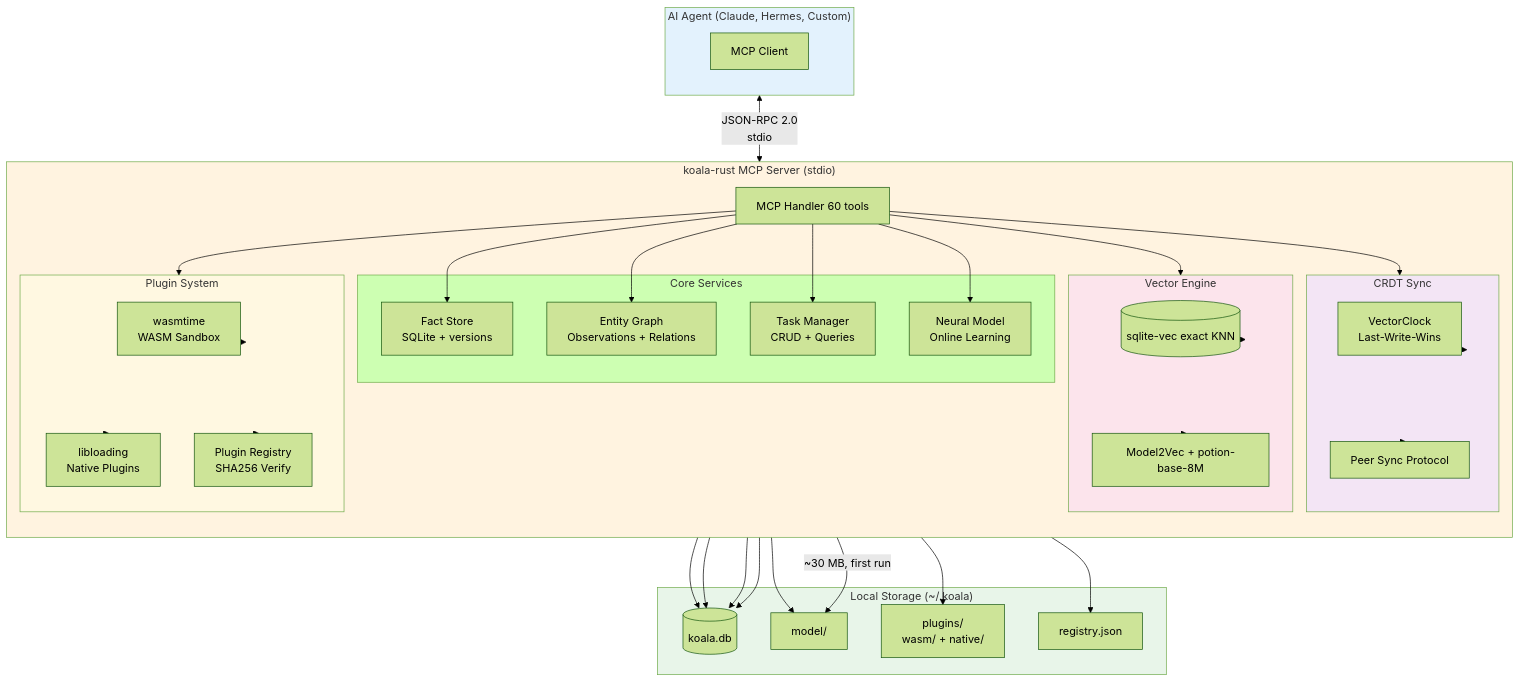
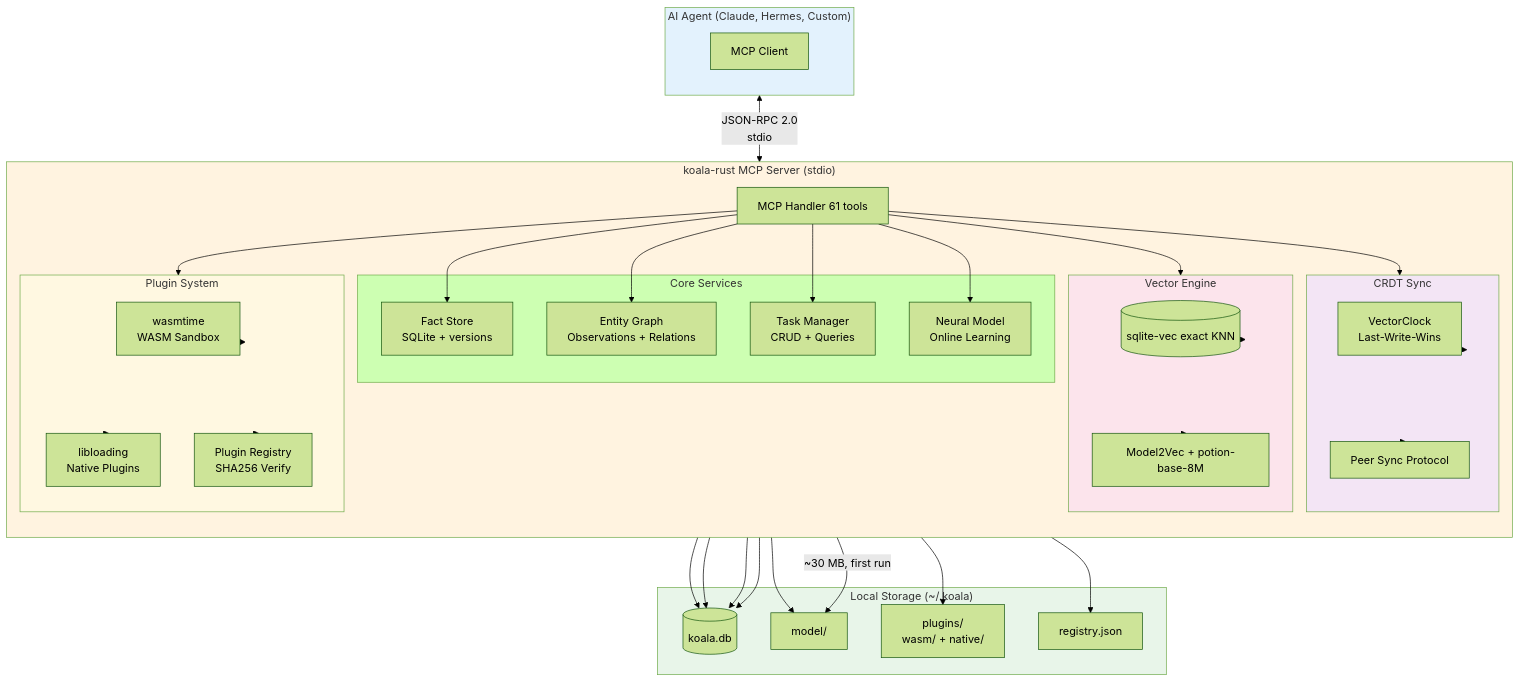
The diagram in README.md (dbillion/koala-rust), drawn with Mermaid (forest theme) before and after one commit. The commit also changed other lines of this file and 51 other files, not shown here.

````diff
--- a/README.md
+++ b/README.md
@@ -197,75 +212,75 @@
 ```mermaid
 flowchart TB
     subgraph Agent["AI Agent (Claude, Hermes, Custom)"]
         direction TB
         MCP_CLIENT[MCP Client]
     end
 
     subgraph Server["koala-rust MCP Server (stdio)"]
         direction TB
-        MCP_HANDLER[MCP Handler 60 tools]
+        MCP_HANDLER[MCP Handler 61 tools]
         
         subgraph Core["Core Services"]
             FACTS[Fact Store<br/>SQLite + versions]
             ENTITIES[Entity Graph<br/>Observations + Relations]
             TASKS[Task Manager<br/>CRUD + Queries]
             NEURAL[Neural Model<br/>Online Learning]
         end
         
         subgraph Vector["Vector Engine"]
             SQLITE_VEC[(sqlite-vec exact KNN)]
             EMBEDDINGS[Model2Vec + potion-base-8M]
         end
         
         subgraph Sync["CRDT Sync"]
             VECTOR_CLOCK[VectorClock<br/>Last-Write-Wins]
             PEER_SYNC[Peer Sync Protocol]
         end
         
         subgraph Plugins["Plugin System"]
             WASM_RUNTIME[wasmtime<br/>WASM Sandbox]
             NATIVE_LOADER[libloading<br/>Native Plugins]
             MARKETPLACE[Plugin Registry<br/>SHA256 Verify]
         end
     end
 
     subgraph Storage["Local Storage (~/.koala)"]
         KOALA_DB[(koala.db)]
         MODEL_DIR[model/]
         PLUGIN_DIR[plugins/<br/>wasm/ + native/]
         REGISTRY[registry.json]
     end
 
     MCP_CLIENT <-->|JSON-RPC 2.0<br/>stdio| MCP_HANDLER
     MCP_HANDLER --> FACTS
     MCP_HANDLER --> ENTITIES
     MCP_HANDLER --> TASKS
     MCP_HANDLER --> NEURAL
     MCP_HANDLER --> Vector
     MCP_HANDLER --> Sync
     MCP_HANDLER --> Plugins
     
     FACTS --> KOALA_DB
     ENTITIES --> KOALA_DB
     TASKS --> KOALA_DB
     NEURAL --> MODEL_DIR
     Vector --> SQLITE_VEC
     Vector --> EMBEDDINGS
     Sync --> VECTOR_CLOCK
     Sync --> PEER_SYNC
     Plugins --> WASM_RUNTIME
     Plugins --> NATIVE_LOADER
     Plugins --> MARKETPLACE
     Plugins --> PLUGIN_DIR
     MARKETPLACE --> REGISTRY
     
     SQLITE_VEC --> KOALA_DB
     EMBEDDINGS -->|~30 MB, first run| MODEL_DIR
 
     style Agent fill:#e3f2fd
     style Server fill:#fff3e0
     style Storage fill:#e8f5e9
     style Vector fill:#fce4ec
     style Sync fill:#f3e5f5
     style Plugins fill:#fff8e1
 ```
````
